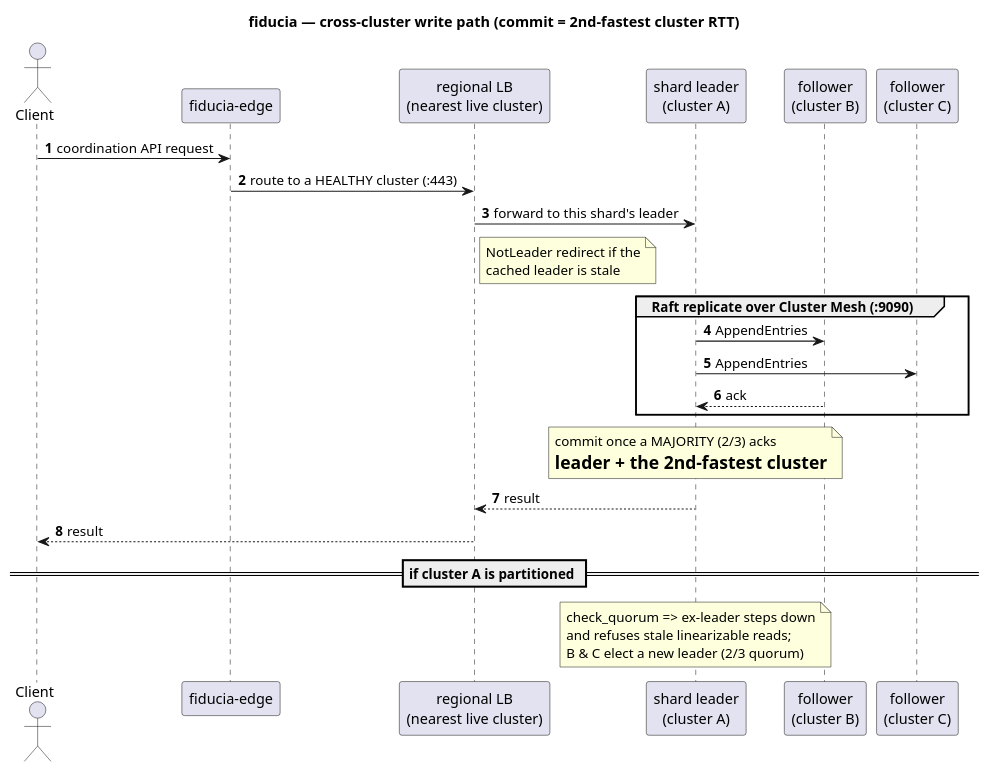
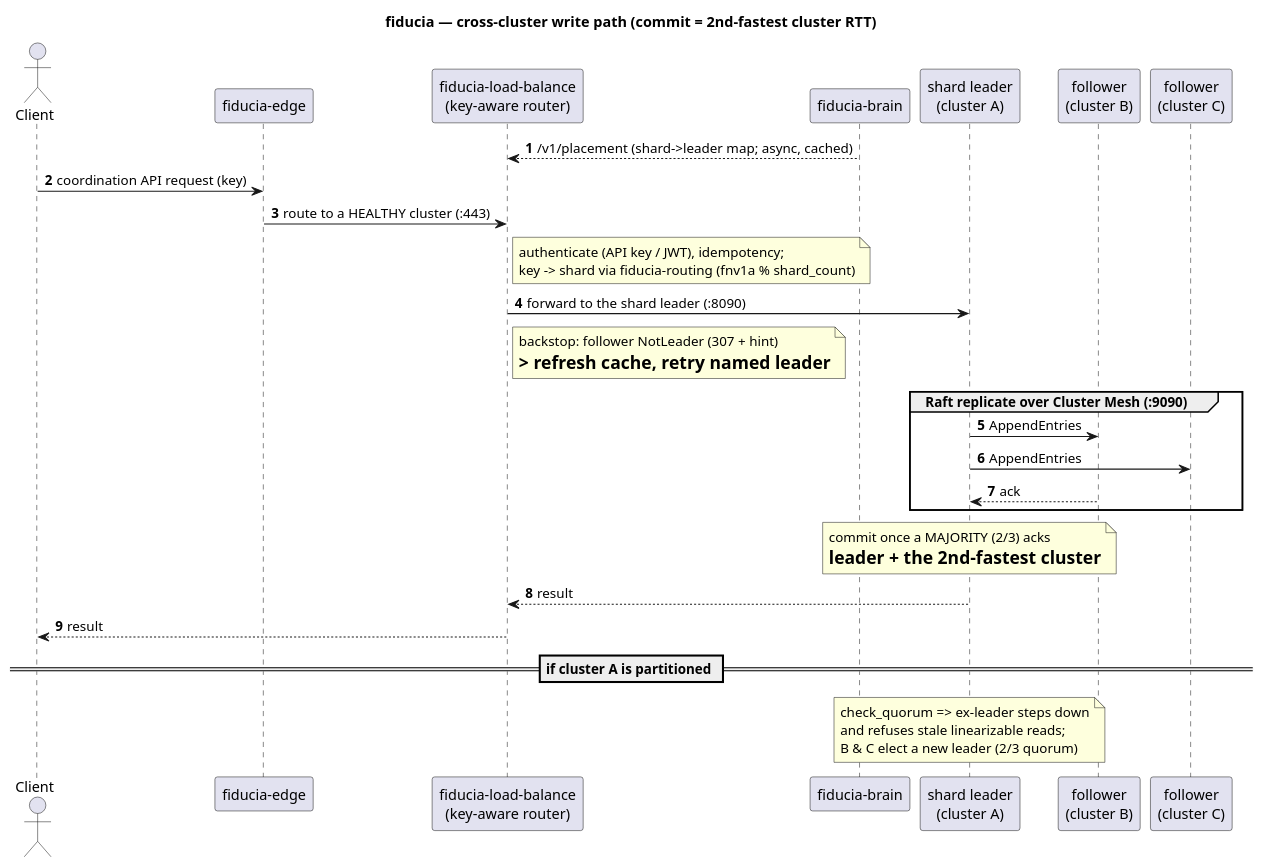
Before and after one commit to fiducia-cloud/fiducia-infra: the third of 3 diagrams in docs/architecture.puml, drawn with PlantUML.

Commit message:
claude autosave 2026-07-13T20:29:24Z

```diff
--- a/docs/architecture.puml
+++ b/docs/architecture.puml
@@ -162,30 +162,33 @@
 @startuml architecture-write-path
 title fiducia — cross-cluster write path (commit = 2nd-fastest cluster RTT)
 skinparam shadowing false
 autonumber
 
 actor Client
 participant "fiducia-edge" as Edge
-participant "regional LB\n(nearest live cluster)" as LB
+participant "fiducia-load-balance\n(key-aware router)" as LB
+participant "fiducia-brain" as Brain
 participant "shard leader\n(cluster A)" as Leader
 participant "follower\n(cluster B)" as F1
 participant "follower\n(cluster C)" as F2
 
-Client -> Edge : coordination API request
+Brain --> LB : /v1/placement (shard->leader map; async, cached)
+Client -> Edge : coordination API request (key)
 Edge -> LB : route to a HEALTHY cluster (:443)
-LB -> Leader : forward to this shard's leader
-note right of LB : NotLeader redirect if the\ncached leader is stale
+note right of LB : authenticate (API key / JWT), idempotency;\nkey -> shard via fiducia-routing (fnv1a % shard_count)
+LB -> Leader : forward to the shard leader (:8090)
+note right of LB : backstop: follower NotLeader (307 + hint)\n=> refresh cache, retry named leader
 
 group Raft replicate over Cluster Mesh (:9090)
   Leader -> F1 : AppendEntries
   Leader -> F2 : AppendEntries
   F1 --> Leader : ack
 end
 note over Leader : commit once a MAJORITY (2/3) acks\n= leader + the 2nd-fastest cluster
 
 Leader --> LB : result
 LB --> Client : result
 
 == if cluster A is partitioned ==
 note over Leader : check_quorum => ex-leader steps down\nand refuses stale linearizable reads;\nB & C elect a new leader (2/3 quorum)
 @enduml
```
